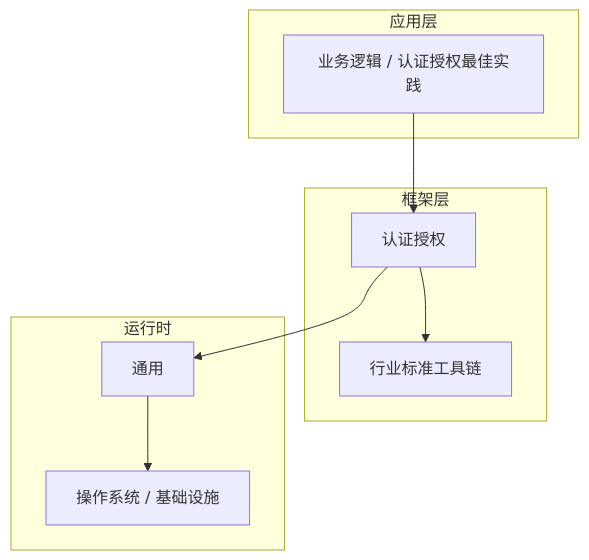
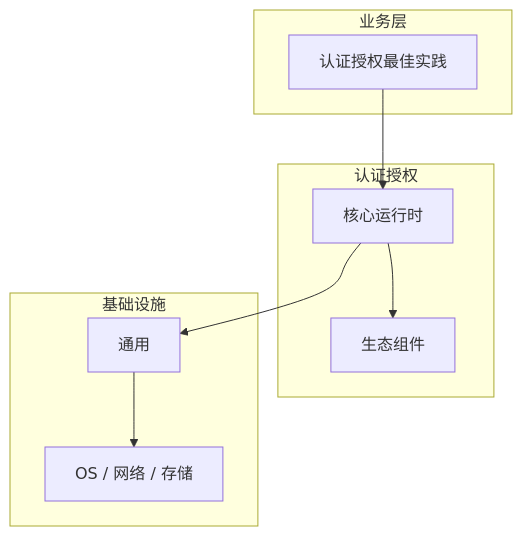
Before and after one commit to yanggan2015/knowledge-json-v2: the diagram in articles/认证授权/chapters/076-认证授权最佳实践核心概念与原理.md, drawn with Mermaid. The commit also changed other lines of this file and 10127 other files, not shown here.

````diff
--- a/articles/认证授权/chapters/076-认证授权最佳实践核心概念与原理.md
+++ b/articles/认证授权/chapters/076-认证授权最佳实践核心概念与原理.md
@@ -45,18 +34,18 @@
 ```mermaid
 graph TB
-    subgraph 应用层
-        A[业务逻辑 / 认证授权最佳实践]
+    subgraph 业务层
+        A[认证授权最佳实践]
     end
-    subgraph 框架层
-        B[认证授权]
-        C[行业标准工具链]
+    subgraph 认证授权
+        B[核心运行时]
+        C[生态组件]
     end
-    subgraph 运行时
+    subgraph 基础设施
         D[通用]
-        E[操作系统 / 基础设施]
+        E[OS / 网络 / 存储]
     end
     A --> B
     B --> C
     B --> D
     D --> E
 ```
````
